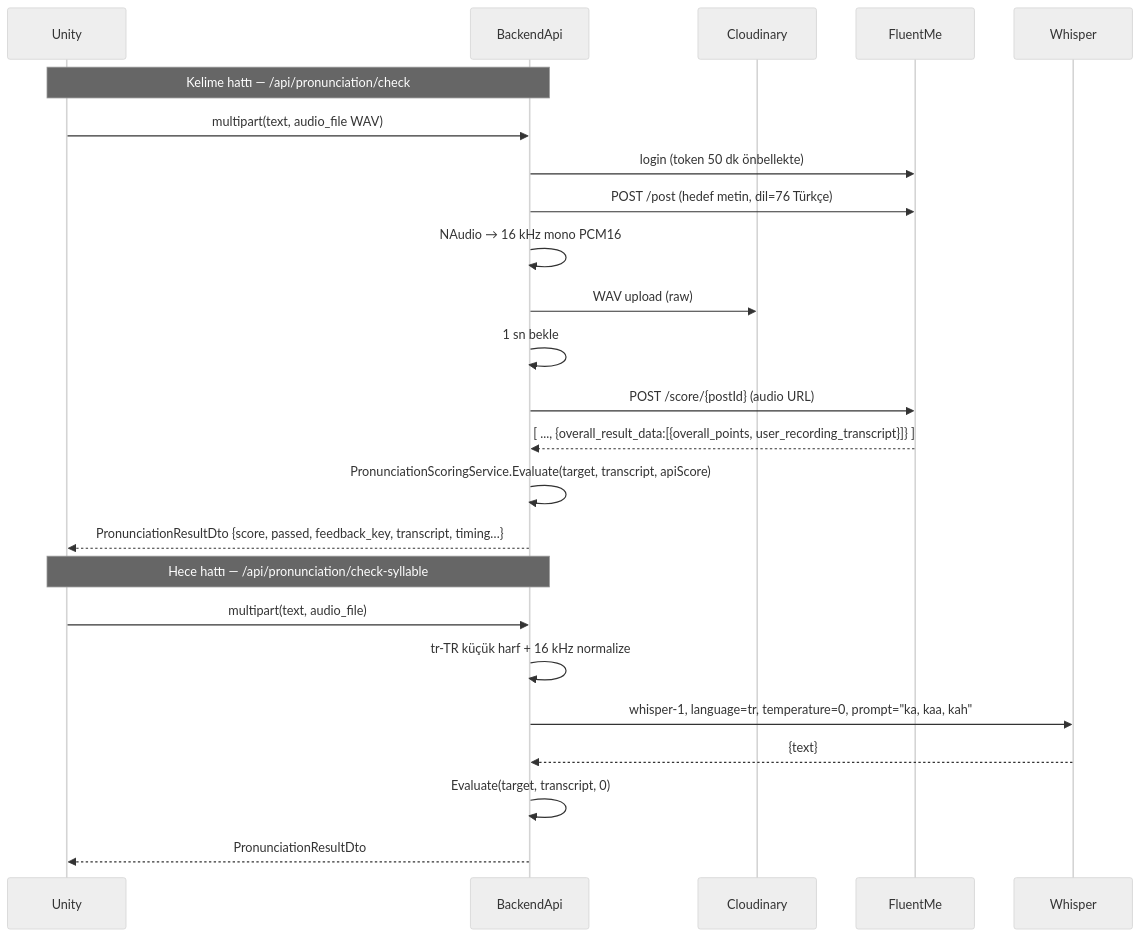
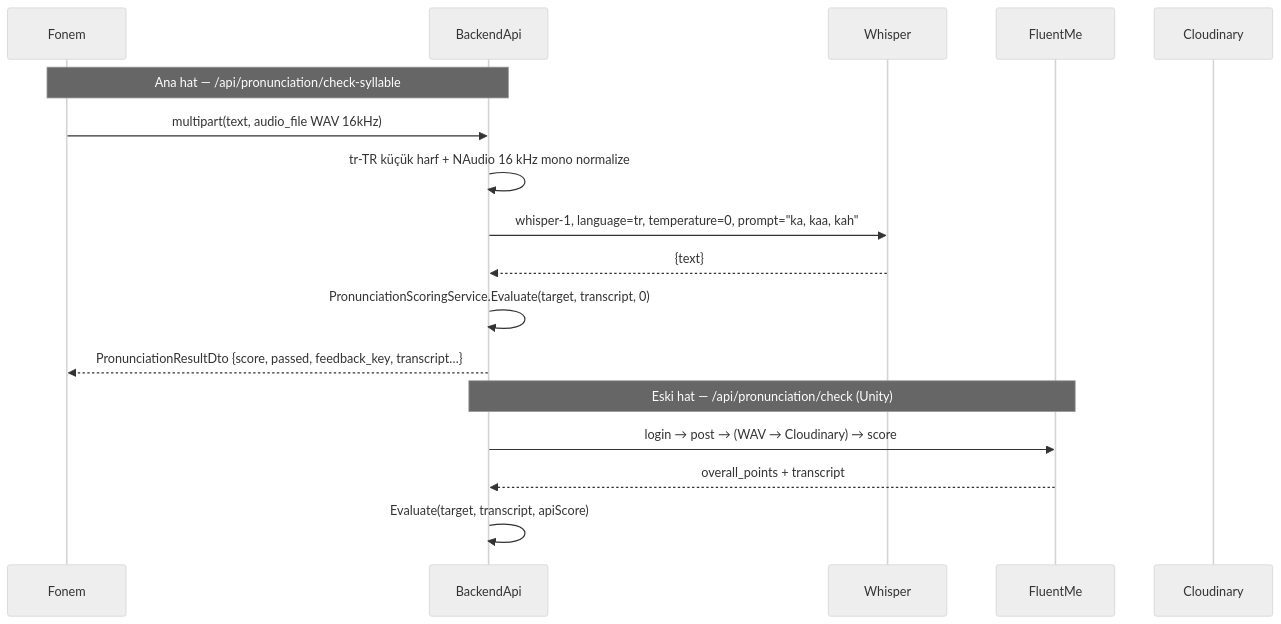
One commit to bitirmesel/GraduationProject changed the fourth of 6 diagrams in ARCHITECTURE.md. Above: the diagram before and after it, drawn with Mermaid (neutral theme). The commit also changed other lines of this file and 1 other file, not shown here.

First line of the commit message:
Docs: Fonem ve terapist paneli mimariye eklendi, yol haritası yeniden düzenlendi (#2)

````diff
--- a/ARCHITECTURE.md
+++ b/ARCHITECTURE.md
@@ -378,28 +412,21 @@
 ```mermaid
 sequenceDiagram
-    participant U as Unity
+    participant FN as Fonem
     participant API as BackendApi
+    participant WH as Whisper
+    participant FM as FluentMe
     participant CL as Cloudinary
-    participant FM as FluentMe
-    participant WH as Whisper
 
-    Note over U,API: Kelime hattı — /api/pronunciation/check
-    U->>API: multipart(text, audio_file WAV)
-    API->>FM: login (token 50 dk önbellekte)
-    API->>FM: POST /post (hedef metin, dil=76 Türkçe)
-    API->>API: NAudio → 16 kHz mono PCM16
-    API->>CL: WAV upload (raw)
-    API->>API: 1 sn bekle
-    API->>FM: POST /score/{postId} (audio URL)
-    FM-->>API: [ ..., {overall_result_data:[{overall_points, user_recording_transcript}]} ]
-    API->>API: PronunciationScoringService.Evaluate(target, transcript, apiScore)
-    API-->>U: PronunciationResultDto {score, passed, feedback_key, transcript, timing…}
-
-    Note over U,API: Hece hattı — /api/pronunciation/check-syllable
-    U->>API: multipart(text, audio_file)
-    API->>API: tr-TR küçük harf + 16 kHz normalize
+    Note over FN,API: Ana hat — /api/pronunciation/check-syllable
+    FN->>API: multipart(text, audio_file WAV 16kHz)
+    API->>API: tr-TR küçük harf + NAudio 16 kHz mono normalize
     API->>WH: whisper-1, language=tr, temperature=0, prompt="ka, kaa, kah"
     WH-->>API: {text}
-    API->>API: Evaluate(target, transcript, 0)
-    API-->>U: PronunciationResultDto
+    API->>API: PronunciationScoringService.Evaluate(target, transcript, 0)
+    API-->>FN: PronunciationResultDto {score, passed, feedback_key, transcript…}
+
+    Note over API,FM: Eski hat — /api/pronunciation/check (Unity)
+    API->>FM: login → post → (WAV → Cloudinary) → score
+    FM-->>API: overall_points + transcript
+    API->>API: Evaluate(target, transcript, apiScore)
 ```
````
